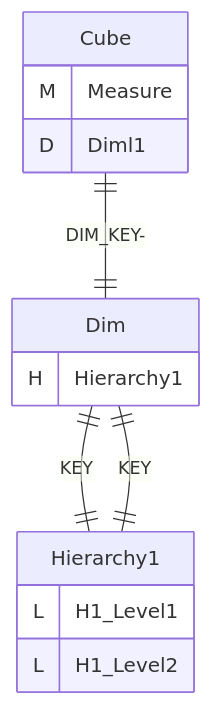
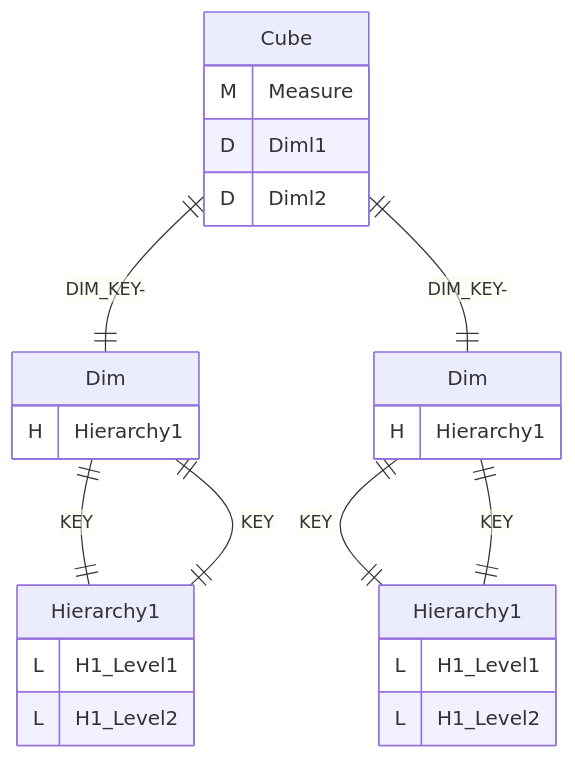
Before and after one commit to xmla-services/workground: the first of 3 diagrams in demo/server/catalogs/tutorial_Cube_with_CubeDimension_with_level_attribute/README.MD, drawn with Mermaid. The commit also changed other lines of this file and 3 other files, not shown here.

````diff
--- a/demo/server/catalogs/tutorial_Cube_with_CubeDimension_with_level_attribute/README.MD
+++ b/demo/server/catalogs/tutorial_Cube_with_CubeDimension_with_level_attribute/README.MD
@@ -56,28 +58,39 @@
 ```mermaid
 %%{init: {
 "theme": "default",
 "themeCSS": [
     ".er.entityBox {stroke: black;}",
     ".er.attributeBoxEven {stroke: black;}",
     ".er.attributeBoxOdd {stroke: black;}",
     "[id^=entity-c] .er.entityBox { fill: lightgreen;} ",
     "[id^=entity-d] .er.entityBox { fill: powderblue;} ",
     "[id^=entity-h] .er.entityBox { fill: pink;} "
 ]
 }}%%
 erDiagram
 c0["Cube"]{
 M Measure ""
 D Diml1 ""
+D Diml2 ""
 }
 d00["Dim"] {
 H Hierarchy1 ""
 }
 h000["Hierarchy1"] {
 L H1_Level1 ""
 L H1_Level2 ""
 }
+d01["Dim"] {
+H Hierarchy1 ""
+}
+h010["Hierarchy1"] {
+L H1_Level1 ""
+L H1_Level2 ""
+}
 "c0" ||--|| "d00" : "DIM_KEY-"
 "d00" ||--|| "h000" : "KEY"
 "d00" ||--|| "h000" : "KEY"
+"c0" ||--|| "d01" : "DIM_KEY-"
+"d01" ||--|| "h010" : "KEY"
+"d01" ||--|| "h010" : "KEY"
 ```
````
